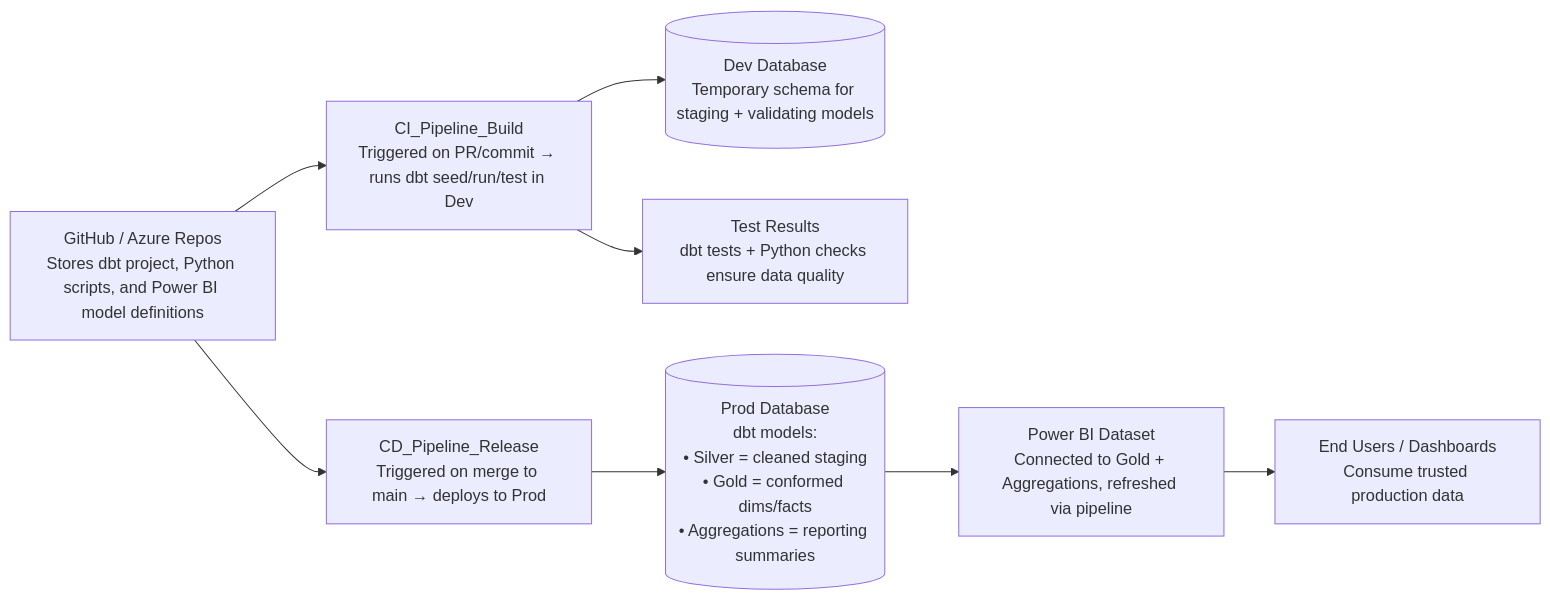
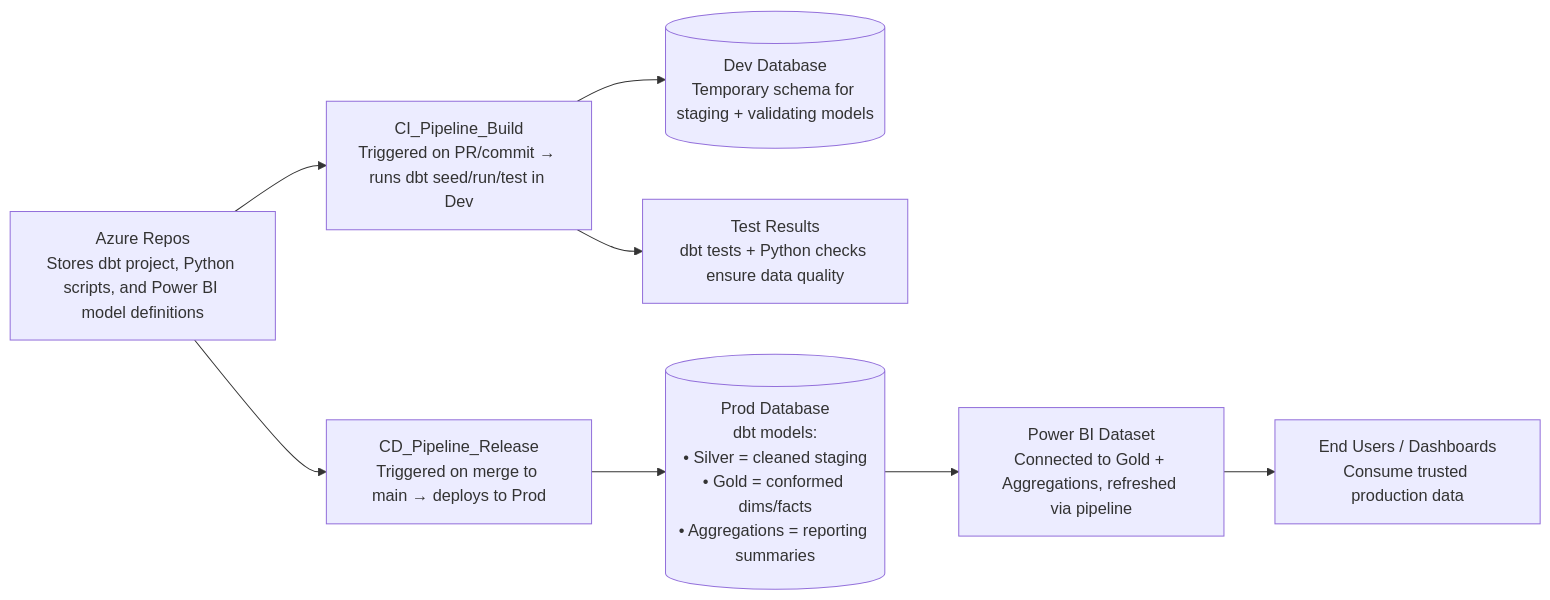
Before and after one commit to echoNad3/balta_data_architect_task: the diagram in README.md, drawn with Mermaid.

````diff
--- a/README.md
+++ b/README.md
@@ -132,15 +132,15 @@
 ```mermaid
 flowchart LR
-  GIT[GitHub / Azure Repos<br/>Stores dbt project, Python scripts, and Power BI model definitions] 
+  GIT[Azure Repos<br/>Stores dbt project, Python scripts, and Power BI model definitions] 
     --> CI[CI_Pipeline_Build<br/>Triggered on PR/commit → runs dbt seed/run/test in Dev]
 
   CI --> DEVDB[(Dev Database<br/>Temporary schema for staging + validating models)]
   CI --> QA[Test Results<br/>dbt tests + Python checks ensure data quality]
 
   GIT --> CD[CD_Pipeline_Release<br/>Triggered on merge to main → deploys to Prod]
 
   CD --> PRODDB[(Prod Database<br/>dbt models:<br/>• Silver = cleaned staging<br/>• Gold = conformed dims/facts<br/>• Aggregations = reporting summaries)]
 
   PRODDB --> PBI[Power BI Dataset<br/>Connected to Gold + Aggregations, refreshed via pipeline]
   PBI --> USERS[End Users / Dashboards<br/>Consume trusted production data]
   ```
````
